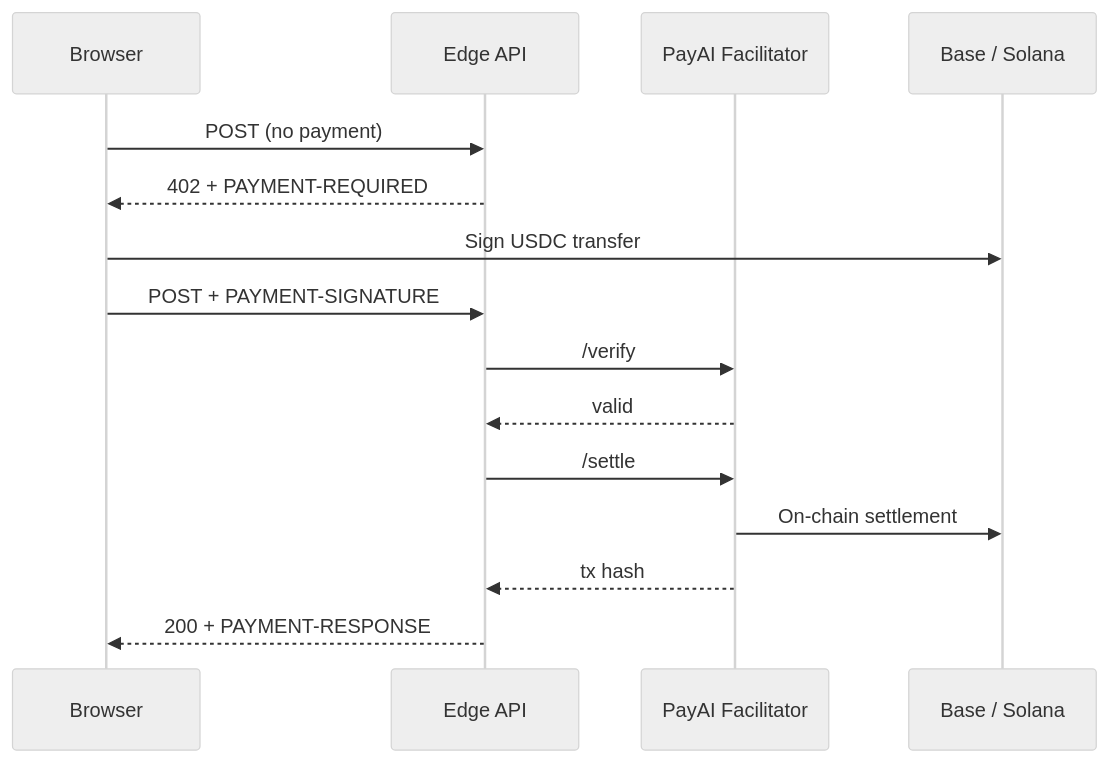
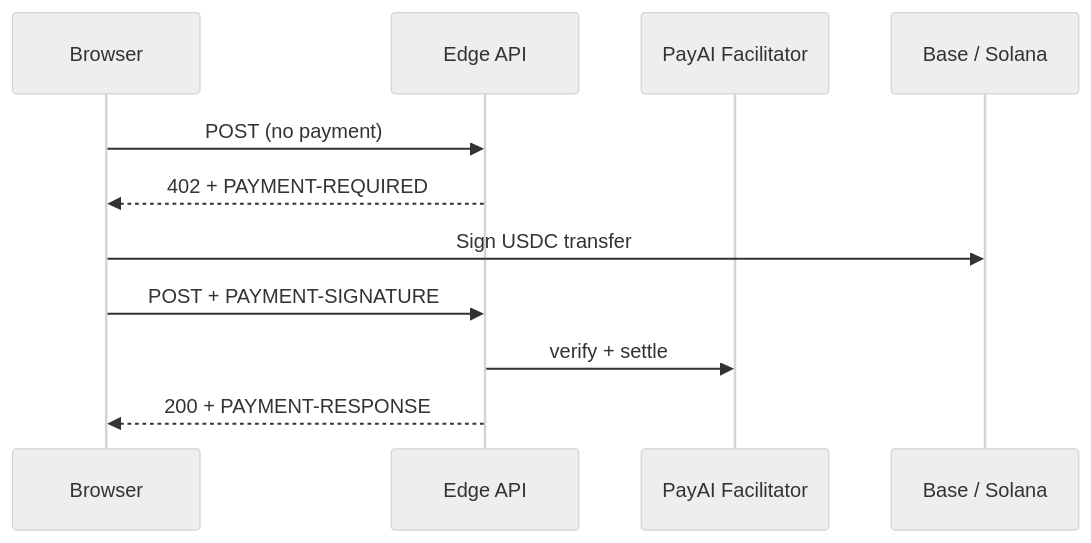
The second of 2 diagrams in docs/architecture.md (theconcierge99-hue/gold-panel), drawn with Mermaid (neutral theme) before and after one commit. The commit also changed other lines of this file and 12 other files, not shown here.

````diff
--- a/docs/architecture.md
+++ b/docs/architecture.md
@@ -47,18 +73,14 @@
 ```mermaid
 sequenceDiagram
   participant Browser
   participant API as Edge API
   participant PayAI as PayAI Facilitator
   participant Chain as Base / Solana
 
   Browser->>API: POST (no payment)
   API-->>Browser: 402 + PAYMENT-REQUIRED
   Browser->>Chain: Sign USDC transfer
   Browser->>API: POST + PAYMENT-SIGNATURE
-  API->>PayAI: /verify
-  PayAI-->>API: valid
-  API->>PayAI: /settle
-  PayAI->>Chain: On-chain settlement
-  PayAI-->>API: tx hash
+  API->>PayAI: verify + settle
   API-->>Browser: 200 + PAYMENT-RESPONSE
 ```
````
